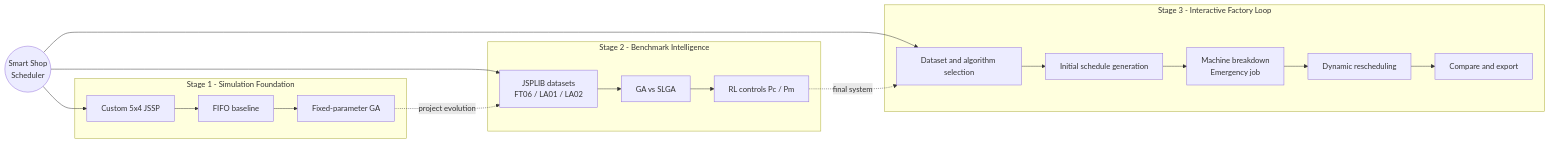
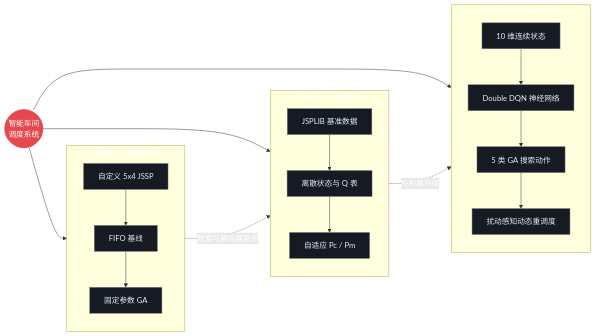
The first of 3 diagrams in README.md (FG696-969/smart_shop_scheduler), drawn with Mermaid before and after one commit. The commit also changed other lines of this file and 10 other files, not shown here.

Commit message:
docs: add final DQN experiments and project guide

````diff
--- a/README.md
+++ b/README.md
@@ -26,33 +35,41 @@
 ```mermaid
 flowchart LR
-    P((Smart Shop<br/>Scheduler))
+    ROOT((智能车间<br/>调度系统))
 
-    subgraph S1["Stage 1 - Simulation Foundation"]
-        A1["Custom 5x4 JSSP"]
-        A2["FIFO baseline"]
-        A3["Fixed-parameter GA"]
+    ROOT --> V1
+    ROOT --> V15
+    ROOT --> V2
+
+    subgraph V1[阶段一：基础仿真]
+        direction TB
+        A1[自定义 5x4 JSSP]
+        A2[FIFO 基线]
+        A3[固定参数 GA]
         A1 --> A2 --> A3
     end
 
-    subgraph S2["Stage 2 - Benchmark Intelligence"]
-        B1["JSPLIB datasets<br/>FT06 / LA01 / LA02"]
-        B2["GA vs SLGA"]
-        B3["RL controls Pc / Pm"]
+    subgraph V15[阶段二：Q-learning]
+        direction TB
+        B1[JSPLIB 基准数据]
+        B2[离散状态与 Q 表]
+        B3[自适应 Pc / Pm]
         B1 --> B2 --> B3
     end
 
-    subgraph S3["Stage 3 - Interactive Factory Loop"]
-        C1["Dataset and algorithm selection"]
-        C2["Initial schedule generation"]
-        C3["Machine breakdown<br/>Emergency job"]
-        C4["Dynamic rescheduling"]
-        C5["Compare and export"]
-        C1 --> C2 --> C3 --> C4 --> C5
+    subgraph V2[阶段三：DQN 最终版]
+        direction TB
+        C1[10 维连续状态]
+        C2[Double DQN 神经网络]
+        C3[5 类 GA 搜索动作]
+        C4[扰动感知动态重调度]
+        C1 --> C2 --> C3 --> C4
     end
 
-    P --> A1
-    P --> B1
-    P --> C1
-    A3 -. project evolution .-> B1
-    B3 -. final system .-> C1
+    A3 -. 数据与解码器复用 .-> B1
+    B3 -. 控制器升级 .-> C1
+
+    classDef root fill:#E5484D,color:#fff,stroke:#E5484D,stroke-width:2px;
+    classDef stage fill:#151A23,color:#E6EDF3,stroke:#6E7681;
+    class ROOT root;
+    class A1,A2,A3,B1,B2,B3,C1,C2,C3,C4 stage;
 ```
````
